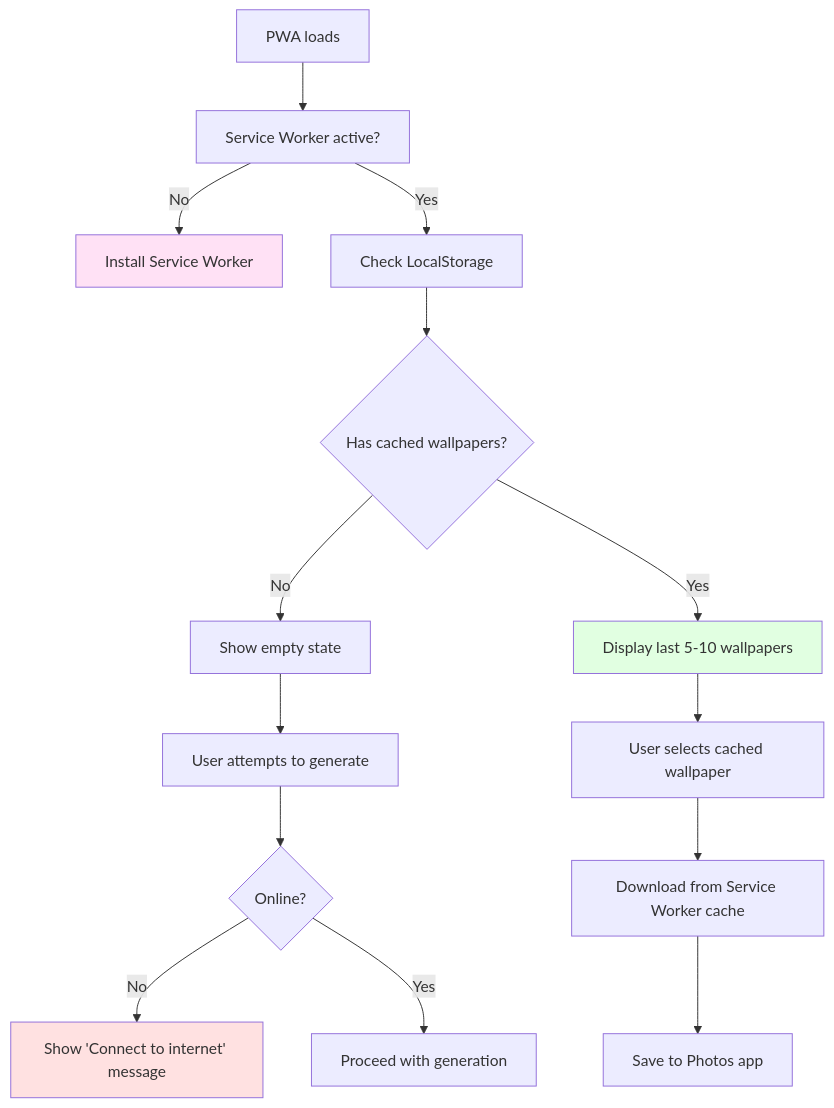
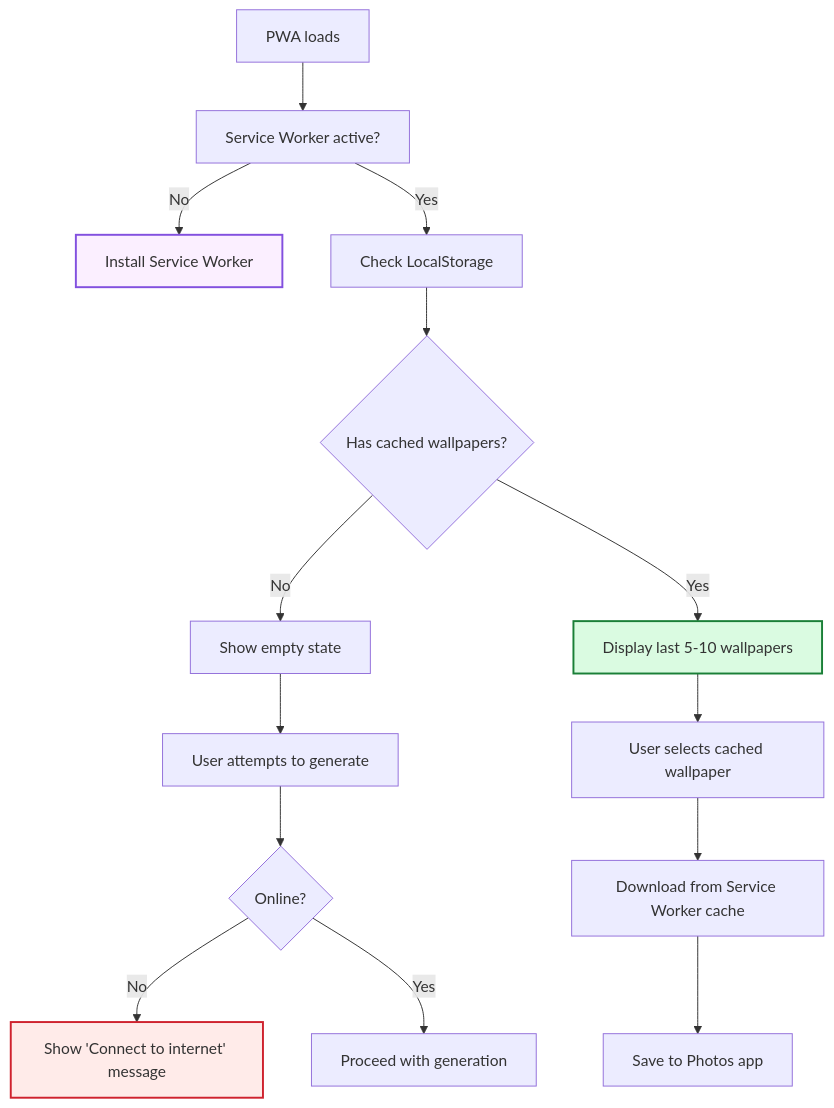
Before and after one commit to fabioc-aloha/ai-wallpaper-generator: the fourth of 5 diagrams in ARCHITECTURE.md, drawn with Mermaid. The commit also changed other lines of this file, not shown here.

First line of the commit message:
Polish Mermaid diagrams with GitHub color palette

````diff
--- a/ARCHITECTURE.md
+++ b/ARCHITECTURE.md
@@ -560,21 +562,21 @@
 ```mermaid
 flowchart TD
     A[PWA loads] --> B[Service Worker active?]
     B -->|No| C[Install Service Worker]
     B -->|Yes| D[Check LocalStorage]
     D --> E{Has cached wallpapers?}
     E -->|No| F[Show empty state]
     E -->|Yes| G[Display last 5-10 wallpapers]
     G --> H[User selects cached wallpaper]
     H --> I[Download from Service Worker cache]
     I --> J[Save to Photos app]
 
     F --> K[User attempts to generate]
     K --> L{Online?}
     L -->|No| M[Show 'Connect to internet' message]
     L -->|Yes| N[Proceed with generation]
 
-    style C fill:#ffe1f5
-    style G fill:#e1ffe1
-    style M fill:#ffe1e1
+    style C fill:#fbefff,stroke:#8250df,stroke-width:2px
+    style G fill:#dafbe1,stroke:#1a7f37,stroke-width:2px
+    style M fill:#ffebe9,stroke:#cf222e,stroke-width:2px
 ```
````
